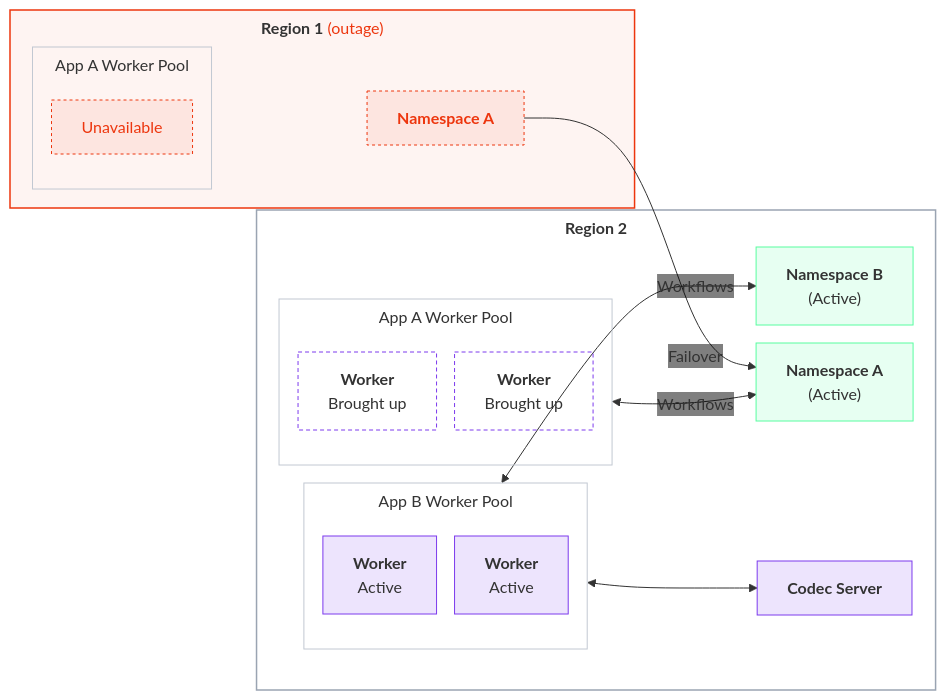
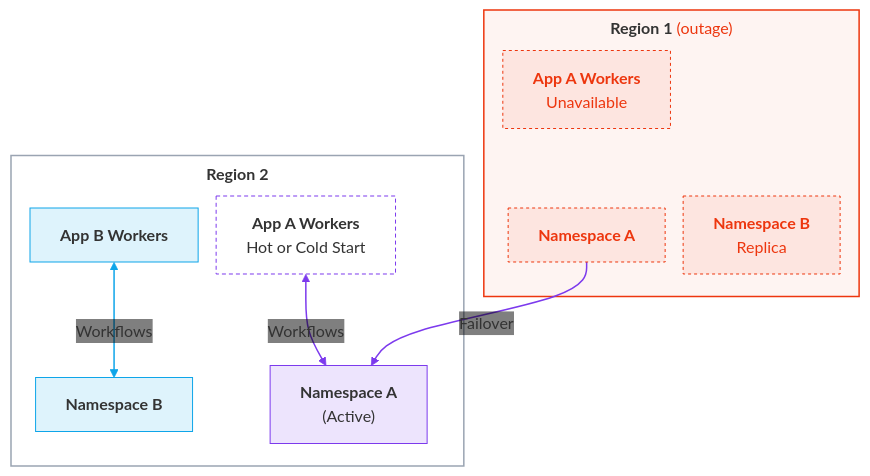
One commit to temporalio/documentation changed diagram 22 of 23 in docs/cloud/high-availability/deployment-patterns.mdx. Above: the diagram before and after it, drawn with Mermaid. The commit also changed other lines of this file, not shown here.

````diff
--- a/docs/cloud/high-availability/deployment-patterns.mdx
+++ b/docs/cloud/high-availability/deployment-patterns.mdx
@@ -742,39 +805,30 @@
 ```mermaid
 %%{init: {'themeVariables':{'fontFamily':'Inter, ui-sans-serif, system-ui, sans-serif','edgeLabelBackground':'transparent'},'flowchart':{'nodeSpacing':18,'rankSpacing':45,'curve':'basis','subGraphTitleMargin':{'top':6,'bottom':12}}}}%%
-flowchart LR
-    classDef worker fill:#7C3AED22,stroke:#7C3AED,stroke-width:1px;
-    classDef workerhollow fill:transparent,stroke:#7C3AED,stroke-width:1px,stroke-dasharray:4 3;
-    classDef ns fill:#59FDA024,stroke:#59FDA0,stroke-width:1px;
-    classDef ext fill:#7C3AED22,stroke:#7C3AED,stroke-width:1px;
+flowchart TD
+    classDef appA fill:#7C3AED22,stroke:#7C3AED,stroke-width:1px;
+    classDef appAhollow fill:transparent,stroke:#7C3AED,stroke-width:1px,stroke-dasharray:4 3;
+    classDef appB fill:#0EA5E922,stroke:#0EA5E9,stroke-width:1px;
     classDef down fill:#ED360E14,stroke:#ED360E,stroke-width:1px,stroke-dasharray:3 3,color:#ED360E;
     classDef region fill:transparent,stroke:#9aa4b2,stroke-width:1.5px;
     classDef regiondown fill:#ED360E0D,stroke:#ED360E,stroke-width:1.5px;
-    classDef pool fill:transparent,stroke:#c2c8d2,stroke-width:1px;
+    subgraph DUFR2["<b>Region 2</b>"]
+      DUFWPB["<b>App B Workers</b>"]:::appB
+      DUFNBa["<b>Namespace B</b>"]:::appB
+      DUFNAa2["<b>Namespace A</b><br/>(Active)"]:::appA
+      DUFWPA2["<b>App A Workers</b><br/>Hot or Cold Start"]:::appAhollow
+      DUFWPB <-->|Workflows| DUFNBa
+      DUFWPA2 <-->|Workflows| DUFNAa2
+    end
     subgraph DUFR1["<b>Region 1</b> <span style='color:#ED360E'>(outage)</span>"]
-      subgraph DUFWPA["App A Worker Pool"]
-        DUFA1["Unavailable"]:::down
-      end
+      DUFWPA["<b>App A Workers</b><br/>Unavailable"]:::down
       DUFNAa["<b>Namespace A</b>"]:::down
+      DUFNBp["<b>Namespace B</b><br/>Replica"]:::down
       DUFWPA ~~~ DUFNAa
     end
-    subgraph DUFR2["<b>Region 2</b>"]
-      subgraph DUFWPB["App B Worker Pool"]
-        DUFB1["<b>Worker</b><br/>Active"]:::worker
-        DUFB2["<b>Worker</b><br/>Active"]:::worker
-      end
-      subgraph DUFWPA2["App A Worker Pool"]
-        DUFA2a["<b>Worker</b><br/>Brought up"]:::workerhollow
-        DUFA2b["<b>Worker</b><br/>Brought up"]:::workerhollow
-      end
-      DUFNBa["<b>Namespace B</b><br/>(Active)"]:::ns
-      DUFNAa2["<b>Namespace A</b><br/>(Active)"]:::ns
-      DUFCODEC["<b>Codec Server</b>"]:::ext
-      DUFWPB <-->|Workflows| DUFNBa
-      DUFWPA2 <-->|Workflows| DUFNAa2
-      DUFWPB <--> DUFCODEC
-    end
     DUFNAa -->|"Failover"| DUFNAa2
+    linkStyle 0 stroke:#0EA5E9,stroke-width:1.5px
+    linkStyle 1 stroke:#7C3AED,stroke-width:1.5px
+    linkStyle 3 stroke:#7C3AED,stroke-width:1.5px
     class DUFR1 regiondown
     class DUFR2 region
-    class DUFWPA,DUFWPB,DUFWPA2 pool
 ```
````
